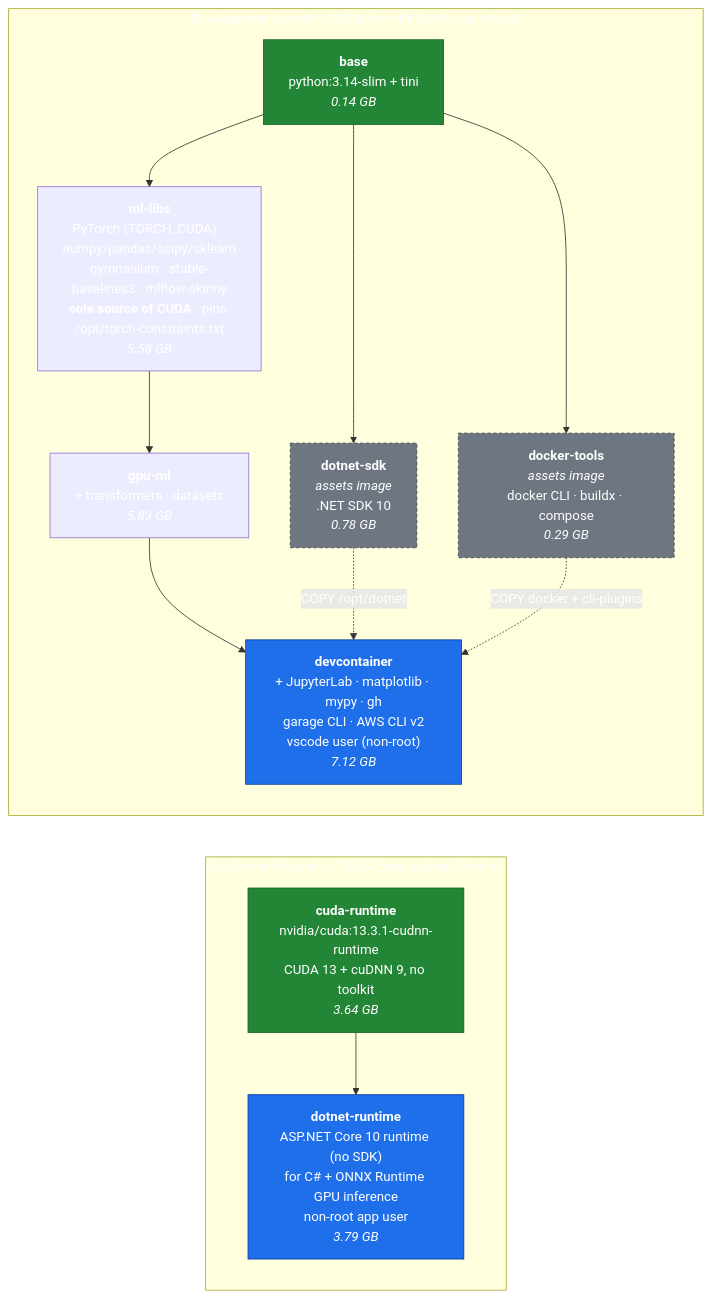
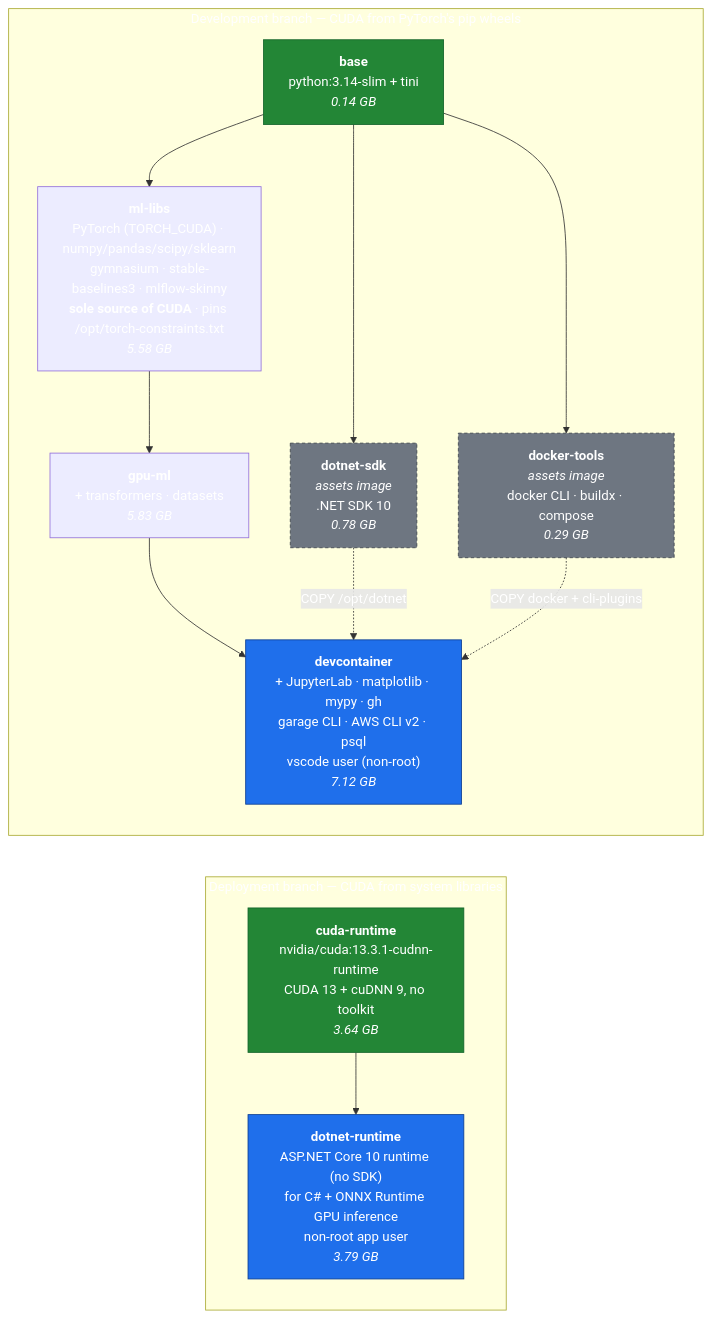
One commit to goldsam/ml-images changed the diagram in README.md. Above: the diagram before and after it, drawn with Mermaid. The commit also changed 4 other files, not shown here.

````diff
--- a/README.md
+++ b/README.md
@@ -16,37 +16,37 @@
 ```mermaid
 graph TD
     subgraph dev["Development branch — CUDA from PyTorch's pip wheels"]
         direction TB
         base["<b>base</b><br/>python:3.14-slim + tini<br/><i>0.14 GB</i>"]
         mllibs["<b>ml-libs</b><br/>PyTorch (TORCH_CUDA) · numpy/pandas/scipy/sklearn<br/>gymnasium · stable-baselines3 · mlflow-skinny<br/><b>sole source of CUDA</b> · pins /opt/torch-constraints.txt<br/><i>5.58 GB</i>"]
         gpuml["<b>gpu-ml</b><br/>+ transformers · datasets<br/><i>5.83 GB</i>"]
-        devc["<b>devcontainer</b><br/>+ JupyterLab · matplotlib · mypy · gh<br/>garage CLI · AWS CLI v2<br/>vscode user (non-root)<br/><i>7.12 GB</i>"]
+        devc["<b>devcontainer</b><br/>+ JupyterLab · matplotlib · mypy · gh<br/>garage CLI · AWS CLI v2 · psql<br/>vscode user (non-root)<br/><i>7.12 GB</i>"]
         dotnetsdk["<b>dotnet-sdk</b><br/><i>assets image</i><br/>.NET SDK 10<br/><i>0.78 GB</i>"]
         dockertools["<b>docker-tools</b><br/><i>assets image</i><br/>docker CLI · buildx · compose<br/><i>0.29 GB</i>"]
 
         base --> mllibs
         base --> dotnetsdk
         base --> dockertools
         mllibs --> gpuml
         gpuml --> devc
         dotnetsdk -.->|"COPY /opt/dotnet"| devc
         dockertools -.->|"COPY docker + cli-plugins"| devc
     end
 
     subgraph deploy["Deployment branch — CUDA from system libraries"]
         direction TB
         cudart["<b>cuda-runtime</b><br/>nvidia/cuda:13.3.1-cudnn-runtime<br/>CUDA 13 + cuDNN 9, no toolkit<br/><i>3.64 GB</i>"]
         dotnetrt["<b>dotnet-runtime</b><br/>ASP.NET Core 10 runtime (no SDK)<br/>for C# + ONNX Runtime GPU inference<br/>non-root app user<br/><i>3.79 GB</i>"]
 
         cudart --> dotnetrt
     end
 
     devc ~~~ deploy
 
     classDef leaf fill:#1f6feb,stroke:#0b3d91,color:#fff
     classDef assets fill:#6e7681,stroke:#3d444d,color:#fff,stroke-dasharray:4 3
     classDef root fill:#238636,stroke:#116329,color:#fff
     class devc,dotnetrt leaf
     class dotnetsdk,dockertools assets
     class base,cudart root
 ```
````
